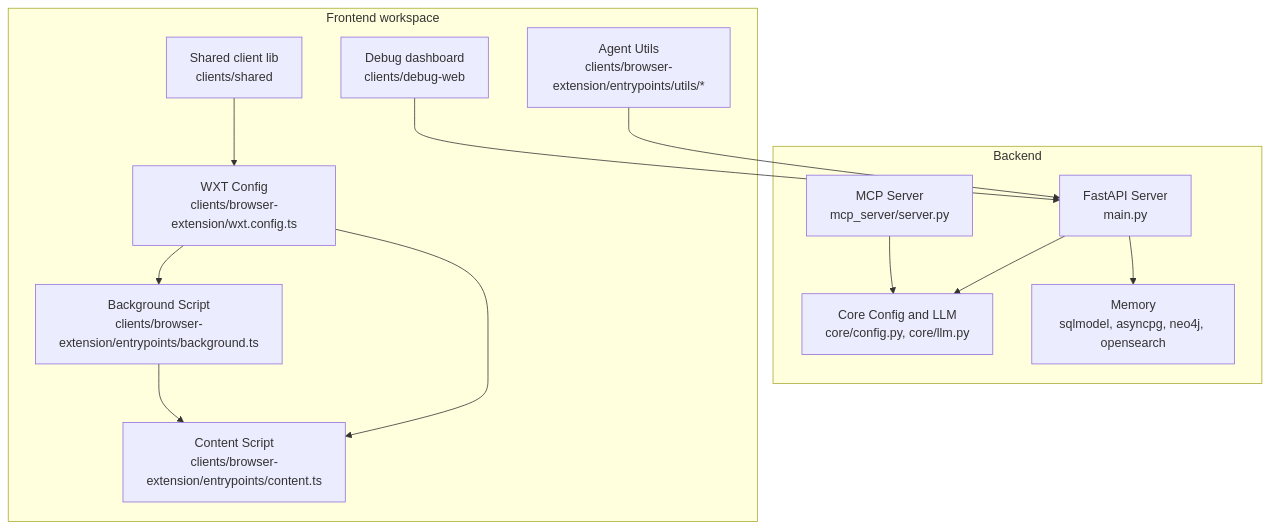
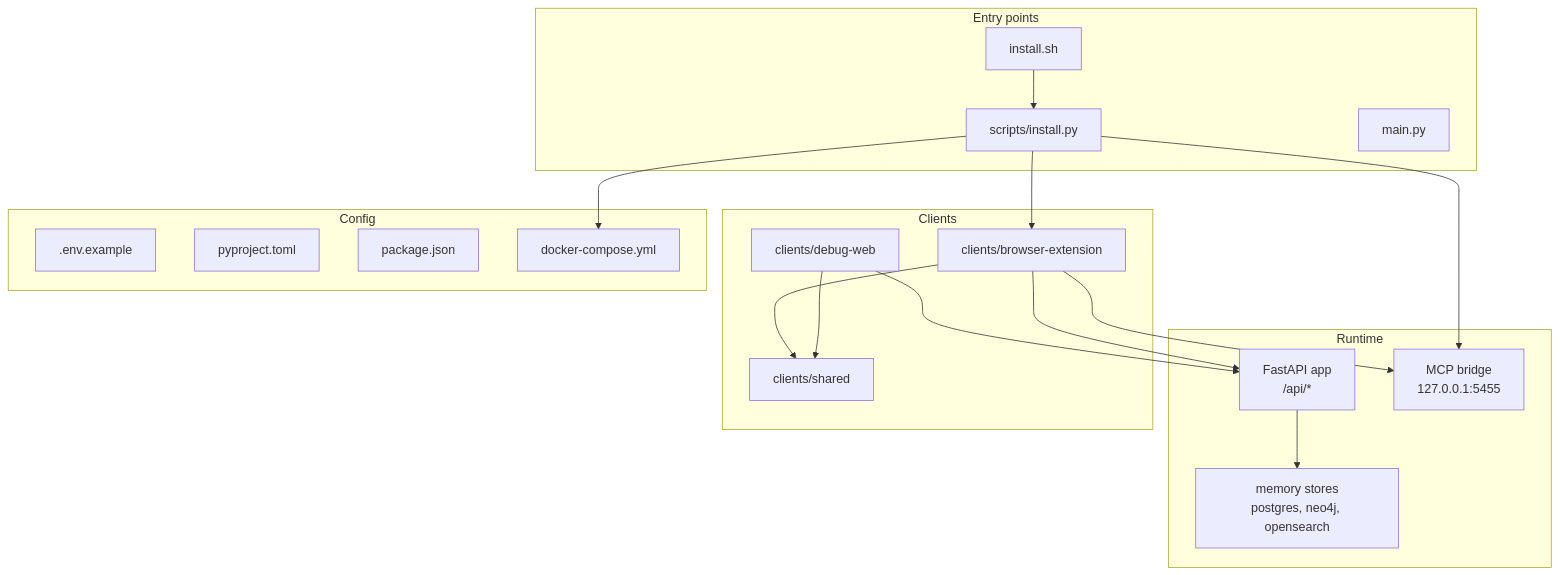
The first of 3 diagrams in src/data/docs/agentic-browser/Getting Started.md (tashifkhan/tashif.codes), drawn with Mermaid before and after one commit. The commit also changed other lines of this file and 114 other files, not shown here.

````diff
--- a/src/data/docs/agentic-browser/Getting Started.md
+++ b/src/data/docs/agentic-browser/Getting Started.md
@@ -13,26 +16,34 @@
 ```mermaid
 graph TB
-subgraph "Backend"
-A["FastAPI Server<br/>main.py"]
-B["MCP Server<br/>mcp_server/server.py"]
-C["Core Config and LLM<br/>core/config.py, core/llm.py"]
-MEM["Memory<br/>sqlmodel, asyncpg, neo4j, opensearch"]
+subgraph "Entry points"
+  INSTALL["install.sh"]
+  SETUP["scripts/install.py"]
+  MAIN["main.py"]
 end
-subgraph "Frontend workspace"
-D["WXT Config<br/>clients/browser-extension/wxt.config.ts"]
-E["Background Script<br/>clients/browser-extension/entrypoints/background.ts"]
-F["Content Script<br/>clients/browser-extension/entrypoints/content.ts"]
-G["Agent Utils<br/>clients/browser-extension/entrypoints/utils/*"]
-DBG["Debug dashboard<br/>clients/debug-web"]
-SHR["Shared client lib<br/>clients/shared"]
+subgraph "Runtime"
+  API["FastAPI app<br/>/api/*"]
+  BRIDGE["MCP bridge<br/>127.0.0.1:5455"]
+  MEM["memory stores<br/>postgres, neo4j, opensearch"]
 end
-A --> C
-B --> C
-A --> MEM
-D --> E
-D --> F
-E --> F
-G --> A
-DBG --> A
-SHR --> D
+subgraph "Clients"
+  EXT["clients/browser-extension"]
+  CONSOLE["clients/debug-web"]
+  SHARED["clients/shared"]
+end
+subgraph "Config"
+  ENV[".env.example"]
+  PY["pyproject.toml"]
+  PKG["package.json"]
+  COMPOSE["docker-compose.yml"]
+end
+INSTALL --> SETUP
+SETUP --> COMPOSE
+SETUP --> EXT
+SETUP --> BRIDGE
+CONSOLE --> API
+EXT --> API
+EXT --> BRIDGE
+EXT --> SHARED
+CONSOLE --> SHARED
+API --> MEM
 ```
````
